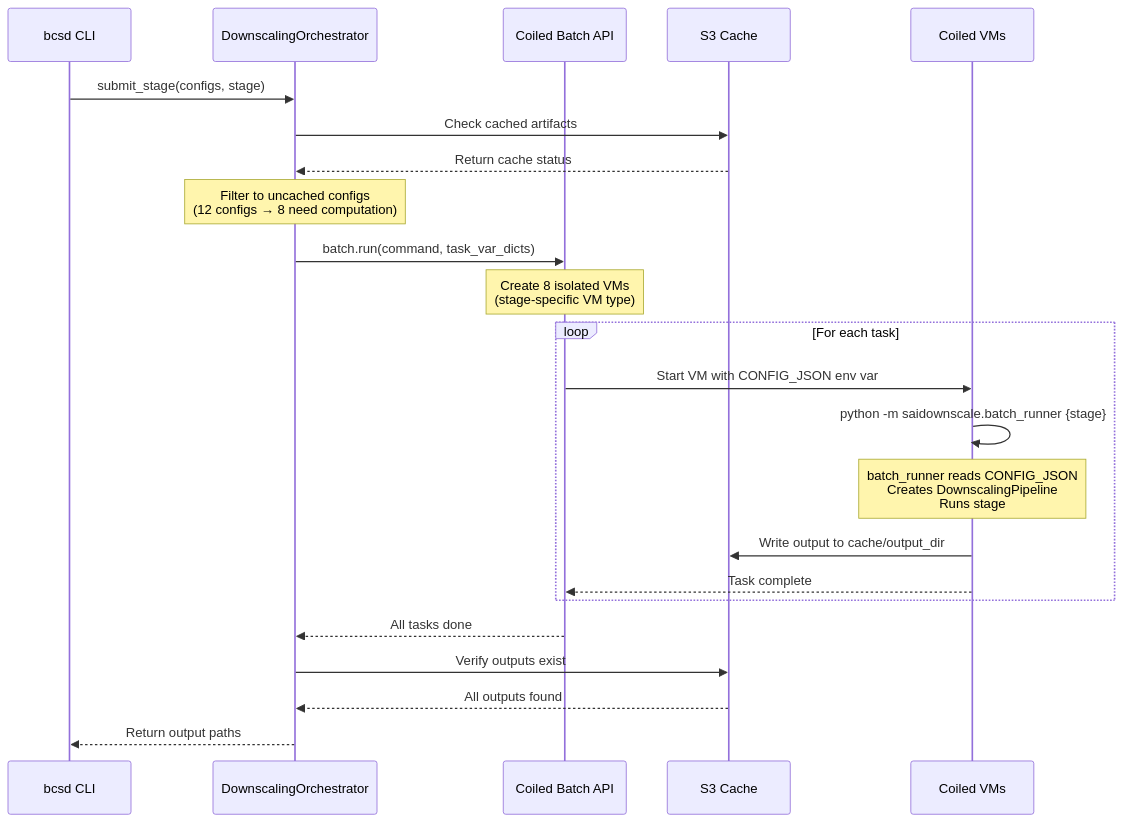
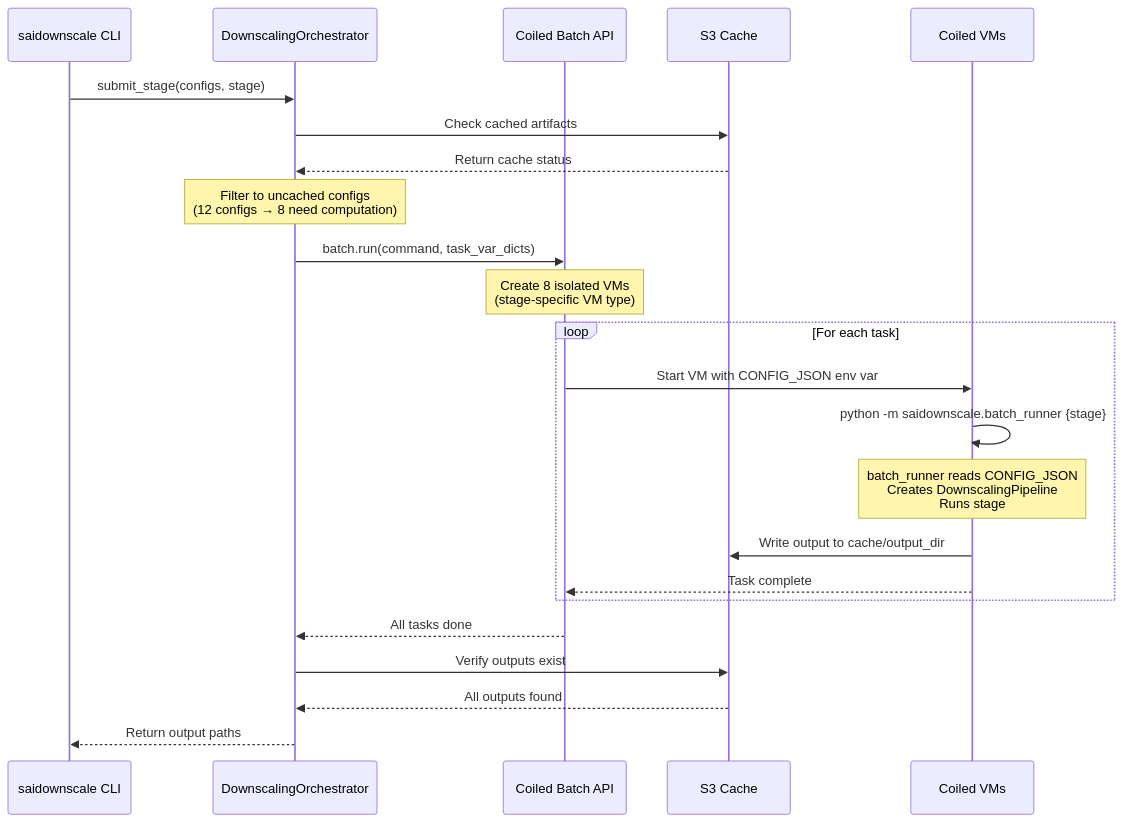
One commit to carbonplan/sai-downscaling changed the second of 3 diagrams in docs/explanation/pipeline-architecture.md. Above: the diagram before and after it, drawn with Mermaid. The commit also changed other lines of this file and 30 other files, not shown here.

Commit message:
rename cli entry point bcsd to saidownscale

````diff
--- a/docs/explanation/pipeline-architecture.md
+++ b/docs/explanation/pipeline-architecture.md
@@ -205,30 +205,30 @@
 ```mermaid
 sequenceDiagram
-    participant CLI as bcsd CLI
+    participant CLI as saidownscale CLI
     participant Orch as DownscalingOrchestrator
     participant Coiled as Coiled Batch API
     participant S3 as S3 Cache
     participant VM as Coiled VMs
     
     CLI->>Orch: submit_stage(configs, stage)
     Orch->>S3: Check cached artifacts
     S3-->>Orch: Return cache status
     
     Note over Orch: Filter to uncached configs<br/>(12 configs → 8 need computation)
     
     Orch->>Coiled: batch.run(command, task_var_dicts)
     Note over Coiled: Create 8 isolated VMs<br/>(stage-specific VM type)
     
     loop For each task
         Coiled->>VM: Start VM with CONFIG_JSON env var
         VM->>VM: python -m saidownscale.batch_runner {stage}
         Note over VM: batch_runner reads CONFIG_JSON<br/>Creates DownscalingPipeline<br/>Runs stage
         VM->>S3: Write output to cache/output_dir
         VM-->>Coiled: Task complete
     end
     
     Coiled-->>Orch: All tasks done
     Orch->>S3: Verify outputs exist
     S3-->>Orch: All outputs found
     Orch-->>CLI: Return output paths
 ```
````
